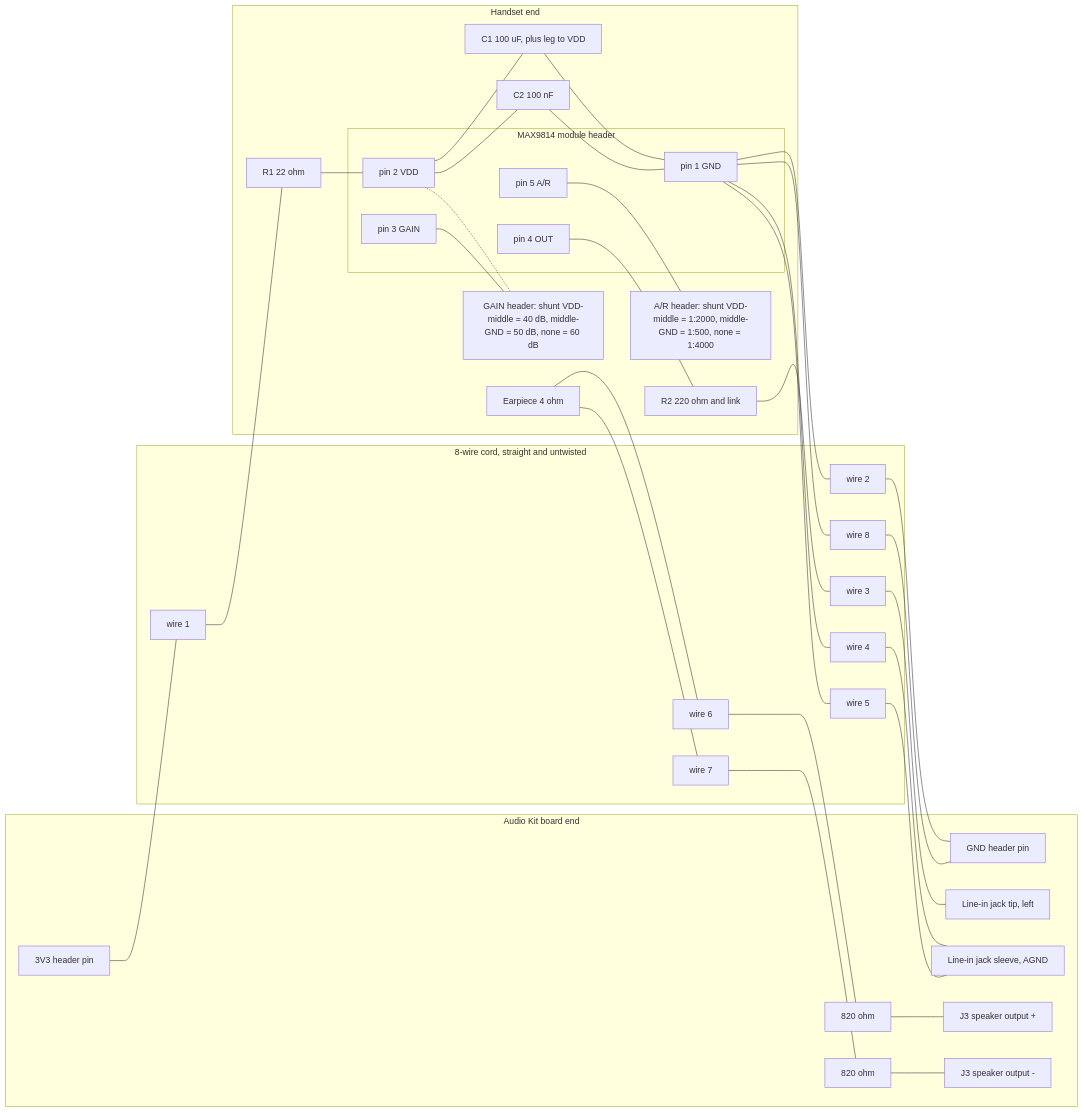
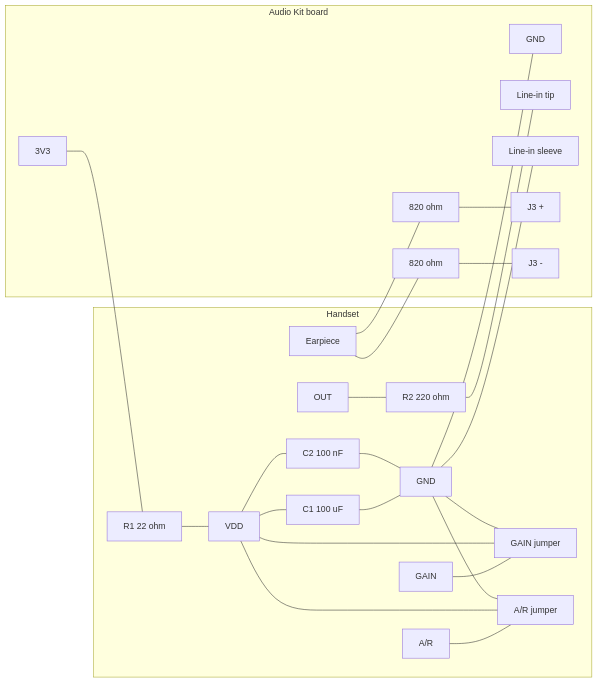
The diagram in doc/initial_design.md (rusttick/weeBell_bluetooth), drawn with Mermaid before and after one commit. The commit also changed other lines of this file, not shown here.

Commit message:
working on microphone wiring diagram

````diff
--- a/doc/initial_design.md
+++ b/doc/initial_design.md
@@ -205,55 +204,43 @@
   ```mermaid
   flowchart LR
-    subgraph HANDSET["Handset end"]
-      subgraph MOD["MAX9814 module header"]
-        P1["pin 1 GND"]
-        P2["pin 2 VDD"]
-        P3["pin 3 GAIN"]
-        P4["pin 4 OUT"]
-        P5["pin 5 A/R"]
-      end
+    subgraph HANDSET["Handset"]
+      GND["GND"]
+      VDD["VDD"]
+      GAIN["GAIN"]
+      OUT["OUT"]
+      AR["A/R"]
       R1["R1 22 ohm"]
-      C1["C1 100 uF, plus leg to VDD"]
+      C1["C1 100 uF"]
       C2["C2 100 nF"]
-      R2["R2 220 ohm and link"]
-      GH["GAIN header: shunt VDD-middle = 40 dB, middle-GND = 50 dB, none = 60 dB"]
-      AH["A/R header: shunt VDD-middle = 1:2000, middle-GND = 1:500, none = 1:4000"]
-      EAR["Earpiece 4 ohm"]
+      R2["R2 220 ohm"]
+      GJ["GAIN jumper"]
+      AJ["A/R jumper"]
+      EAR["Earpiece"]
     end
 
-    subgraph CORD["8-wire cord, straight and untwisted"]
-      W1["wire 1"]
-      W2["wire 2"]
-      W3["wire 3"]
-      W4["wire 4"]
-      W5["wire 5"]
-      W6["wire 6"]
-      W7["wire 7"]
-      W8["wire 8"]
+    subgraph BOARD["Audio Kit board"]
+      V3["3V3"]
+      G["GND"]
+      TIP["Line-in tip"]
+      SLV["Line-in sleeve"]
+      RP["820 ohm"]
+      RN["820 ohm"]
+      JP["J3 +"]
+      JN["J3 -"]
     end
 
-    subgraph BASE["Audio Kit board end"]
-      V3["3V3 header pin"]
-      GH2["GND header pin"]
-      TIP["Line-in jack tip, left"]
-      SLV["Line-in jack sleeve, AGND"]
-      RP["820 ohm"]
-      RN["820 ohm"]
-      LOP["J3 speaker output +"]
-      LON["J3 speaker output -"]
-    end
-
-    V3 --- W1 --- R1 --- P2
-    P2 --- C1 --- P1
-    P2 --- C2 --- P1
-    P2 -.- GH
-    P3 --- GH
-    P5 --- AH
-    P4 --- R2 --- W3 --- TIP
-    P1 --- W2 --- GH2
-    P1 --- W8 --- GH2
-    P1 --- W4 --- SLV
-    P1 --- W5 --- SLV
-    EAR --- W6 --- RP --- LOP
-    EAR --- W7 --- RN --- LON
+    V3 --- R1 --- VDD
+    VDD --- C1 --- GND
+    VDD --- C2 --- GND
+    GAIN --- GJ
+    VDD --- GJ
+    GND --- GJ
+    AR --- AJ
+    VDD --- AJ
+    GND --- AJ
+    OUT --- R2 --- TIP
+    GND --- G
+    GND --- SLV
+    EAR --- RP --- JP
+    EAR --- RN --- JN
   ```
````
